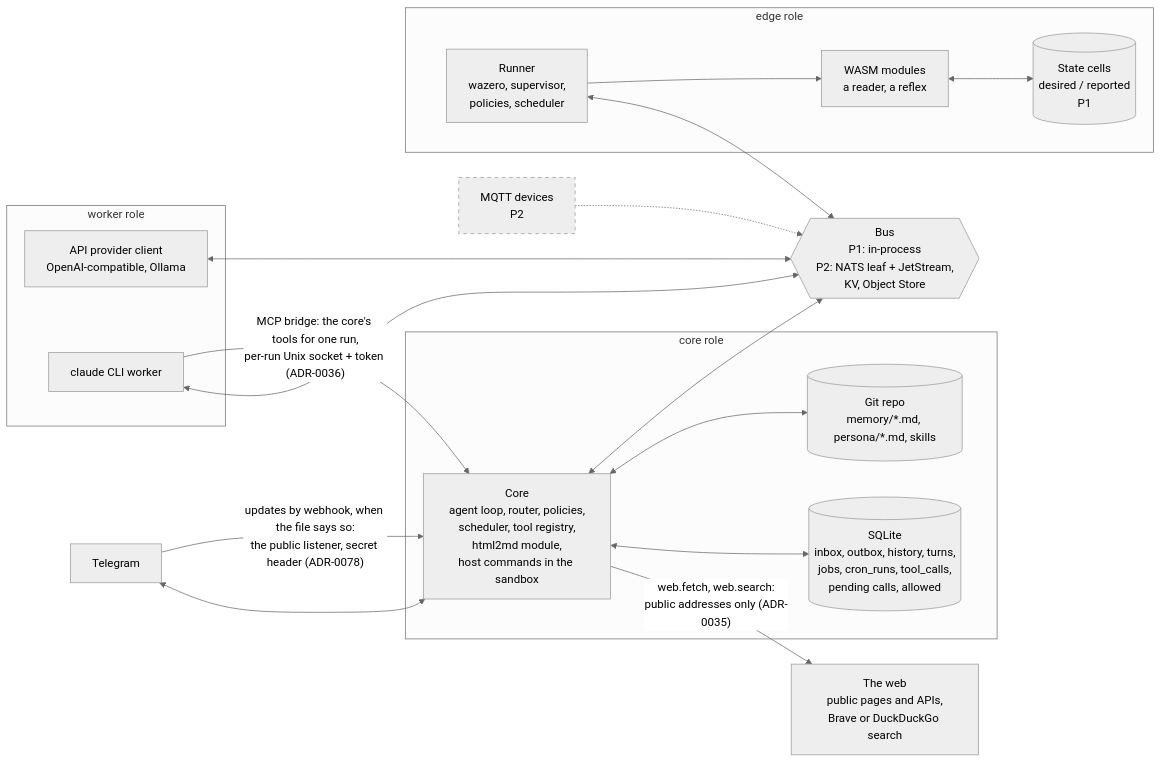
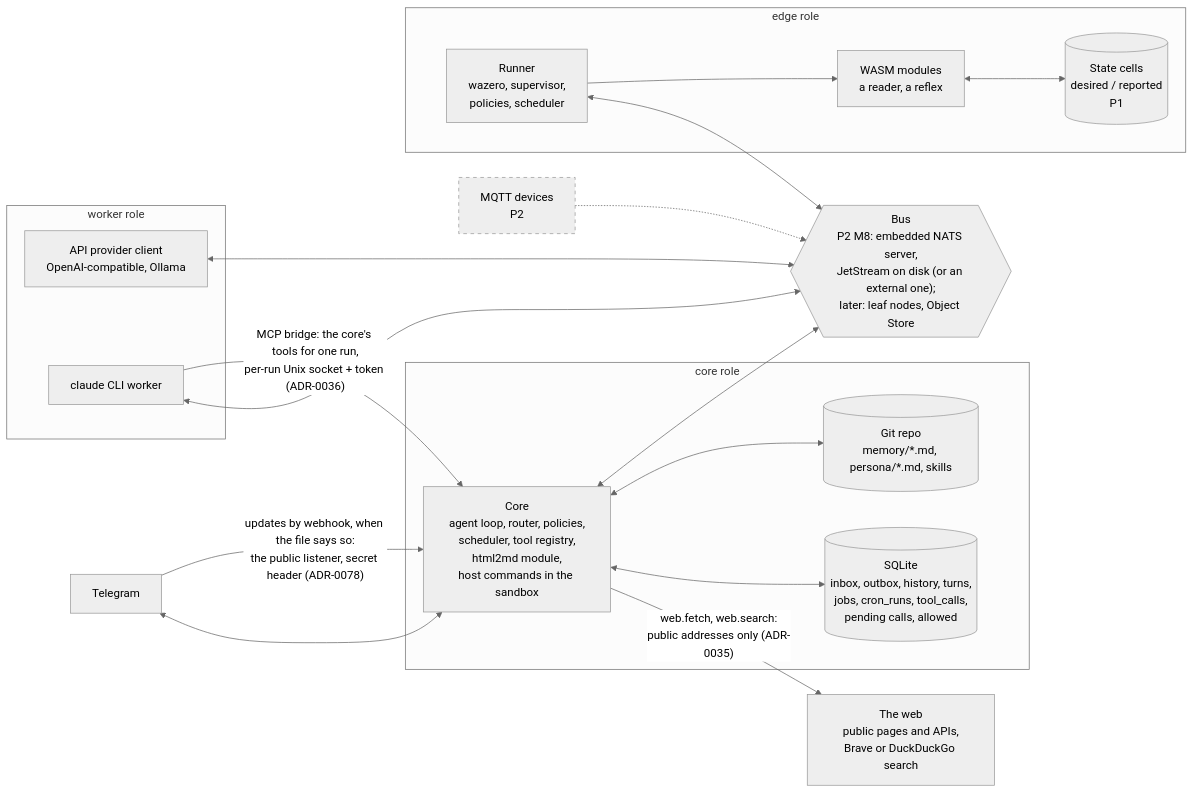
One commit to igorrius/ganglion changed the first of 3 diagrams in docs/architecture/02-containers.md. Above: the diagram before and after it, drawn with Mermaid (neutral theme). The commit also changed other lines of this file and 39 other files, not shown here.

First line of the commit message:
bus: the embedded NATS server with JetStream, an external server as an option (#306)

````diff
--- a/docs/architecture/02-containers.md
+++ b/docs/architecture/02-containers.md
@@ -9,42 +9,42 @@
 ```mermaid
 flowchart LR
     tg["Telegram"]
     web["The web<br/>public pages and APIs,<br/>Brave or DuckDuckGo search"]
     mqttdev["MQTT devices<br/>P2"]
 
     subgraph corerole["core role"]
         corep["Core<br/>agent loop, router, policies,<br/>scheduler, tool registry,<br/>html2md module,<br/>host commands in the sandbox"]
         sqlite[("SQLite<br/>inbox, outbox, history, turns,<br/>jobs, cron_runs, tool_calls,<br/>pending calls, allowed")]
         memrepo[("Git repo<br/>memory/*.md, persona/*.md, skills")]
     end
 
     subgraph edgerole["edge role"]
         runner["Runner<br/>wazero, supervisor,<br/>policies, scheduler"]
         mods["WASM modules<br/>a reader, a reflex"]
         cells[("State cells<br/>desired / reported<br/>P1")]
     end
 
     subgraph workerrole["worker role"]
         api["API provider client<br/>OpenAI-compatible, Ollama"]
         cli["claude CLI worker"]
     end
 
-    bus{{"Bus<br/>P1: in-process<br/>P2: NATS leaf + JetStream,<br/>KV, Object Store"}}
+    bus{{"Bus<br/>P2 M8: embedded NATS server,<br/>JetStream on disk (or an external one);<br/>later: leaf nodes, Object Store"}}
 
     tg <--> corep
     tg -- "updates by webhook, when the file says so:<br/>the public listener, secret header (ADR-0078)" --> corep
     corep -- "web.fetch, web.search:<br/>public addresses only (ADR-0035)" --> web
     corep <--> sqlite
     corep <--> memrepo
     corep <--> bus
     runner <--> bus
     runner --> mods
     mods <--> cells
     api <--> bus
     cli <--> bus
     cli -- "MCP bridge: the core's tools for one run,<br/>per-run Unix socket + token (ADR-0036)" --> corep
     mqttdev -.-> bus
 
     classDef planned stroke-dasharray: 5 5
     class mqttdev planned
 ```
````
